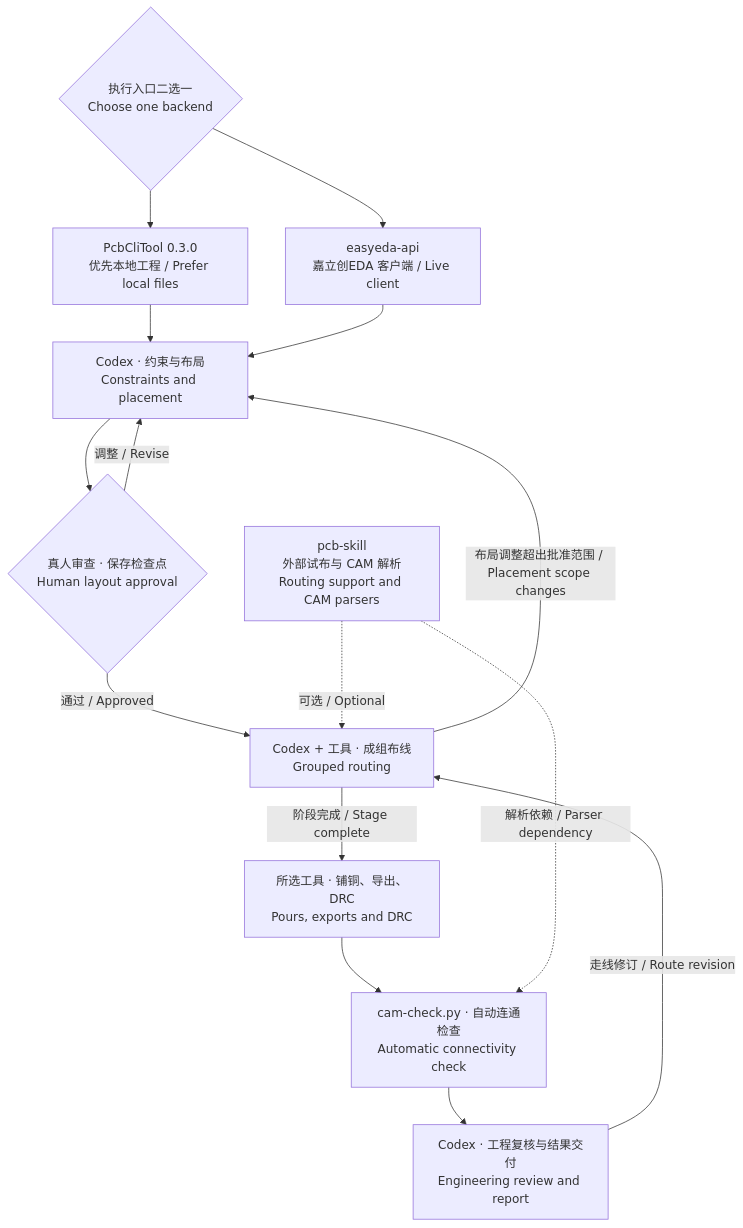
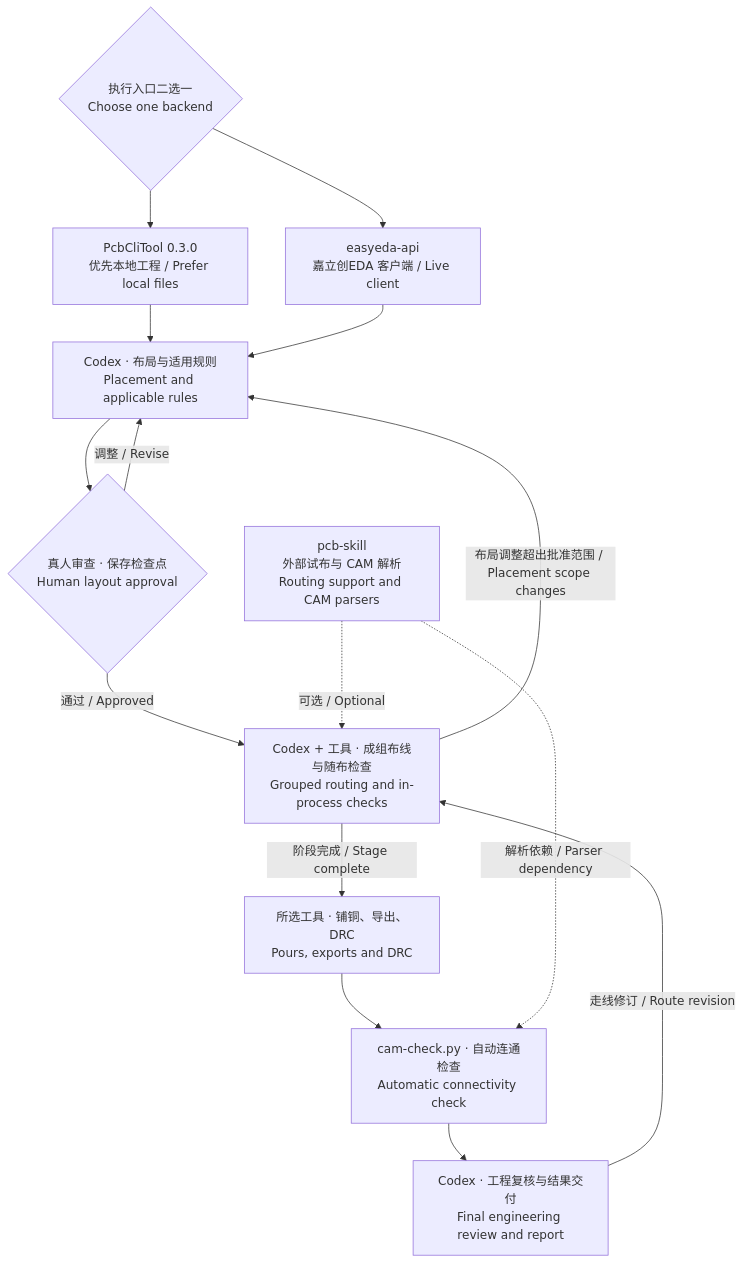
Before and after one commit to sanityARO/pcb-pr-skill: the diagram in README.md, drawn with Mermaid. The commit also changed other lines of this file and 3 other files, not shown here.

First line of the commit message:
docs: integrate conditional engineering checks across placement, routing and acceptance

````diff
--- a/README.md
+++ b/README.md
@@ -51,19 +51,19 @@
 ```mermaid
 flowchart TD
     T{"执行入口二选一<br/>Choose one backend"}
     T --> P["PcbCliTool 0.3.0<br/>优先本地工程 / Prefer local files"]
     T --> Q["easyeda-api<br/>嘉立创EDA 客户端 / Live client"]
-    P --> A["Codex · 约束与布局<br/>Constraints and placement"]
+    P --> A["Codex · 布局与适用规则<br/>Placement and applicable rules"]
     Q --> A
     A --> H{"真人审查 · 保存检查点<br/>Human layout approval"}
     H -- "调整 / Revise" --> A
-    H -- "通过 / Approved" --> R["Codex + 工具 · 成组布线<br/>Grouped routing"]
+    H -- "通过 / Approved" --> R["Codex + 工具 · 成组布线与随布检查<br/>Grouped routing and in-process checks"]
     R -- "布局调整超出批准范围 / Placement scope changes" --> A
     U["pcb-skill<br/>外部试布与 CAM 解析<br/>Routing support and CAM parsers"]
     U -. "可选 / Optional" .-> R
     R -- "阶段完成 / Stage complete" --> E["所选工具 · 铺铜、导出、DRC<br/>Pours, exports and DRC"]
     E --> C["cam-check.py · 自动连通检查<br/>Automatic connectivity check"]
     U -. "解析依赖 / Parser dependency" .-> C
-    C --> V["Codex · 工程复核与结果交付<br/>Engineering review and report"]
+    C --> V["Codex · 工程复核与结果交付<br/>Final engineering review and report"]
     V -- "走线修订 / Route revision" --> R
 ```
````
